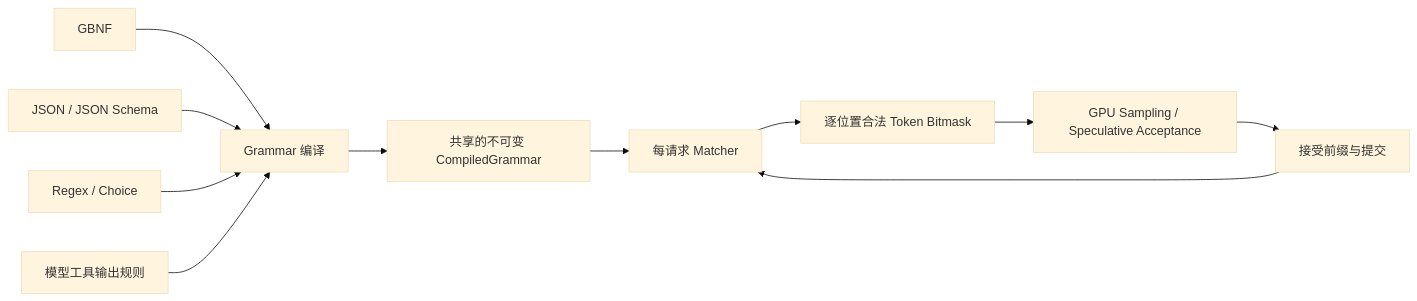
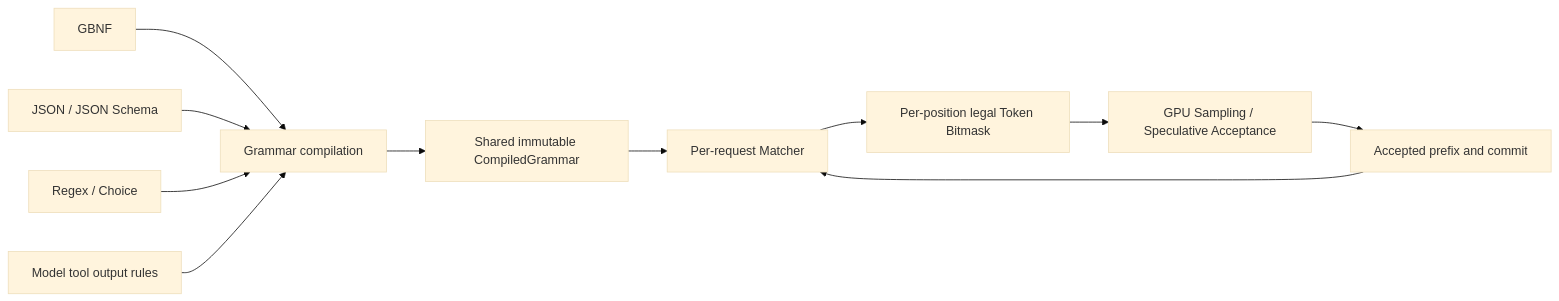
The diagram in docs/maintainer/constrained-decoding.md (baristahaus/ninfer-gb10), drawn with Mermaid (base theme) before and after one commit. The commit also changed other lines of this file and 31 other files, not shown here.

````diff
--- a/docs/maintainer/constrained-decoding.md
+++ b/docs/maintainer/constrained-decoding.md
@@ -13,13 +13,13 @@
 ```mermaid
 flowchart LR
-    G[GBNF] --> C[Grammar 编译]
+    G[GBNF] --> C[Grammar compilation]
     J[JSON / JSON Schema] --> C
     R[Regex / Choice] --> C
-    T[模型工具输出规则] --> C
-    C --> CG[共享的不可变 CompiledGrammar]
-    CG --> M[每请求 Matcher]
-    M --> B[逐位置合法 Token Bitmask]
+    T[Model tool output rules] --> C
+    C --> CG[Shared immutable CompiledGrammar]
+    CG --> M[Per-request Matcher]
+    M --> B[Per-position legal Token Bitmask]
     B --> S[GPU Sampling / Speculative Acceptance]
-    S --> P[接受前缀与提交]
+    S --> P[Accepted prefix and commit]
     P --> M
 ```
````
